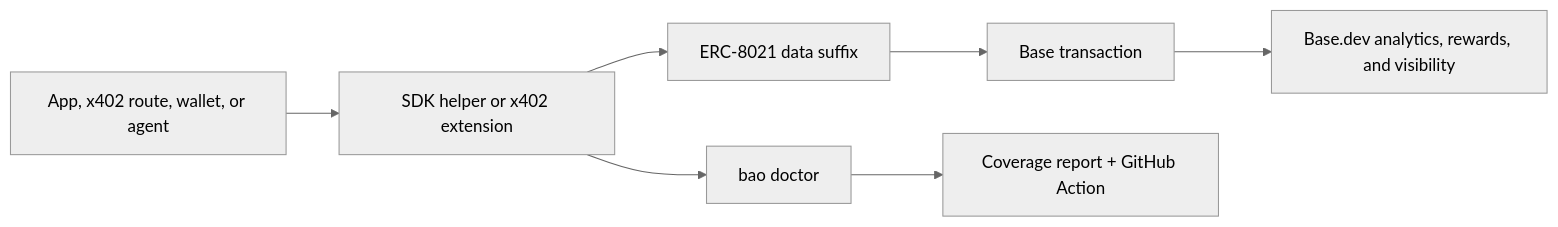
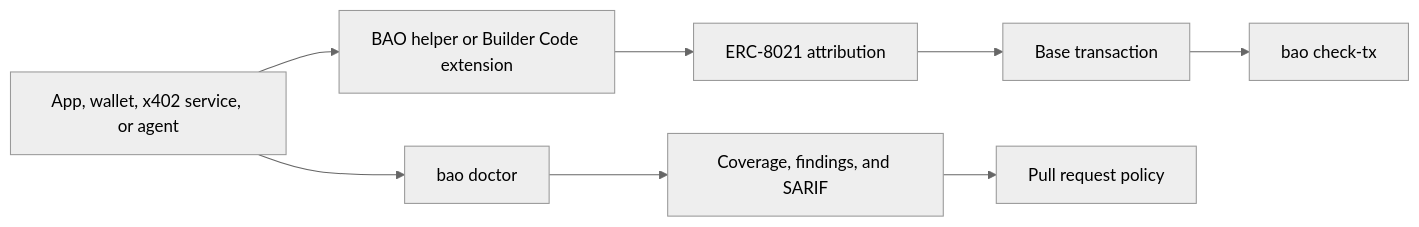
One commit to horn111/base-attribution-os changed the diagram in README.md. Above: the diagram before and after it, drawn with Mermaid (neutral theme). The commit also changed other lines of this file and 2 other files, not shown here.

````diff
--- a/README.md
+++ b/README.md
@@ -22,9 +19,10 @@
 ```mermaid
 flowchart LR
-  A["App, x402 route, wallet, or agent"] --> B["SDK helper or x402 extension"]
-  B --> C["ERC-8021 data suffix"]
+  A["App, wallet, x402 service, or agent"] --> B["BAO helper or Builder Code extension"]
+  B --> C["ERC-8021 attribution"]
   C --> D["Base transaction"]
-  D --> E["Base.dev analytics, rewards, and visibility"]
-  B --> F["bao doctor"]
-  F --> G["Coverage report + GitHub Action"]
+  A --> E["bao doctor"]
+  E --> F["Coverage, findings, and SARIF"]
+  F --> G["Pull request policy"]
+  D --> H["bao check-tx"]
 ```
````
